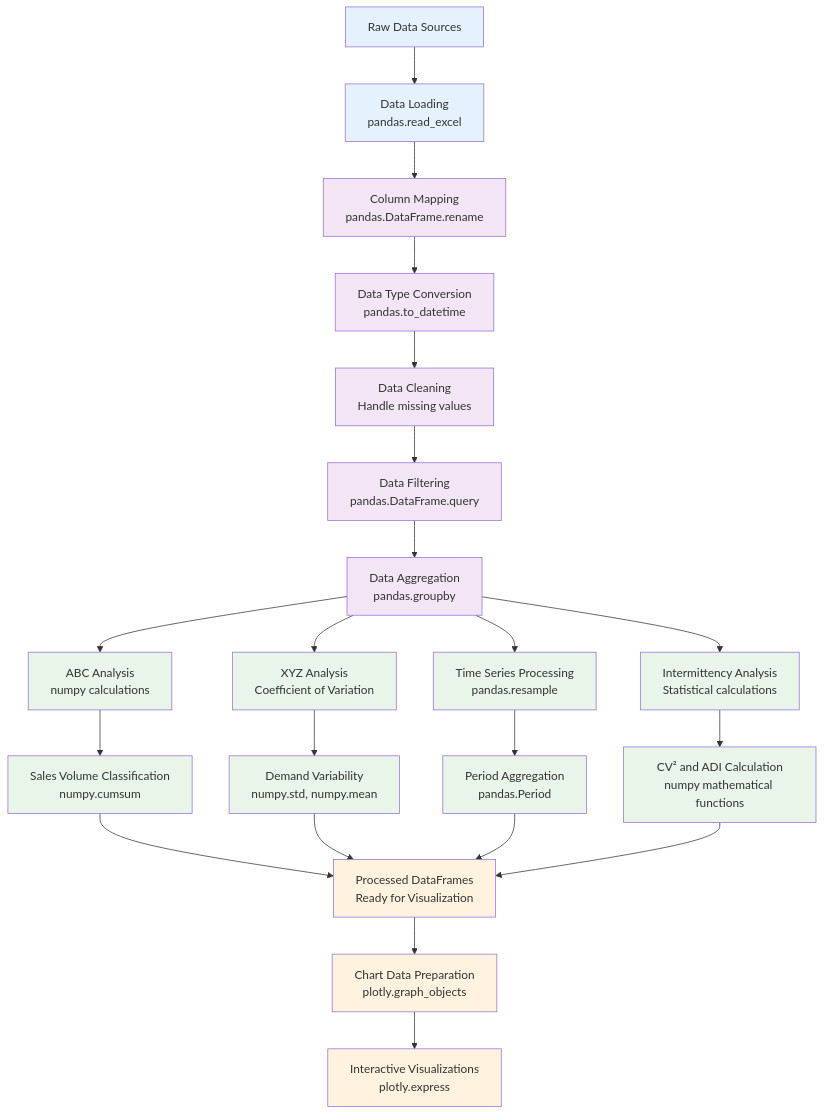
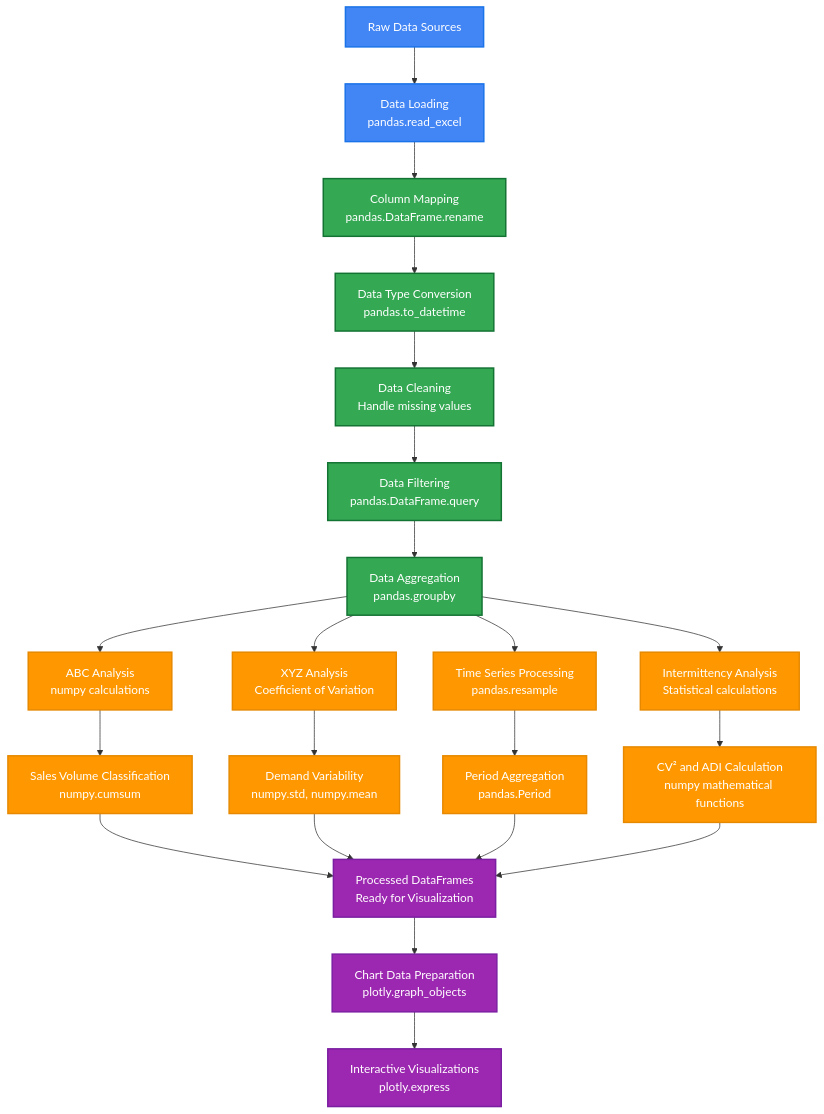
Before and after one commit to Ribas55/Dashboard: the diagram in Data_Processing_Flow_Diagram.md, drawn with Mermaid.

Commit message:
Update diagram styling: white background, black text, vibrant clean colors for better visibility

````diff
--- a/Data_Processing_Flow_Diagram.md
+++ b/Data_Processing_Flow_Diagram.md
@@ -4,47 +4,48 @@
 ```mermaid
+%%{init: {'theme':'base', 'themeVariables': {'primaryColor': '#ffffff', 'primaryTextColor': '#000000', 'primaryBorderColor': '#000000', 'lineColor': '#333333', 'secondaryColor': '#ffffff', 'tertiaryColor': '#ffffff', 'background': '#ffffff', 'mainBkg': '#ffffff', 'secondBkg': '#ffffff', 'tertiaryTextColor': '#000000'}}}%%
 flowchart TD
     %% Data Extraction
     A[Raw Data Sources] --> B[Data Loading<br/>pandas.read_excel]
     
     %% Data Processing
     B --> C[Column Mapping<br/>pandas.DataFrame.rename]
     C --> D[Data Type Conversion<br/>pandas.to_datetime]
     D --> E[Data Cleaning<br/>Handle missing values]
     
     %% Data Transformation
     E --> F[Data Filtering<br/>pandas.DataFrame.query]
     F --> G[Data Aggregation<br/>pandas.groupby]
     
     %% Analysis Processing
     G --> H1[ABC Analysis<br/>numpy calculations]
     G --> H2[XYZ Analysis<br/>Coefficient of Variation]
     G --> H3[Time Series Processing<br/>pandas.resample]
     G --> H4[Intermittency Analysis<br/>Statistical calculations]
     
     %% Statistical Calculations
     H1 --> I1[Sales Volume Classification<br/>numpy.cumsum]
     H2 --> I2[Demand Variability<br/>numpy.std, numpy.mean]
     H3 --> I3[Period Aggregation<br/>pandas.Period]
     H4 --> I4[CV² and ADI Calculation<br/>numpy mathematical functions]
     
     %% Results
     I1 --> J[Processed DataFrames<br/>Ready for Visualization]
     I2 --> J
     I3 --> J
     I4 --> J
     
     %% Visualization Preparation
     J --> K[Chart Data Preparation<br/>plotly.graph_objects]
     K --> L[Interactive Visualizations<br/>plotly.express]
     
-    %% Styling
-    classDef extraction fill:#e3f2fd
-    classDef processing fill:#f3e5f5
-    classDef analysis fill:#e8f5e8
-    classDef output fill:#fff3e0
+    %% Styling with vibrant clean colors
+    classDef extraction fill:#4285f4,stroke:#1a73e8,stroke-width:2px,color:#ffffff
+    classDef processing fill:#34a853,stroke:#137333,stroke-width:2px,color:#ffffff
+    classDef analysis fill:#ff9800,stroke:#e68900,stroke-width:2px,color:#ffffff
+    classDef output fill:#9c27b0,stroke:#7b1fa2,stroke-width:2px,color:#ffffff
     
     class A,B extraction
     class C,D,E,F,G processing
     class H1,H2,H3,H4,I1,I2,I3,I4 analysis
     class J,K,L output
 ```
````
